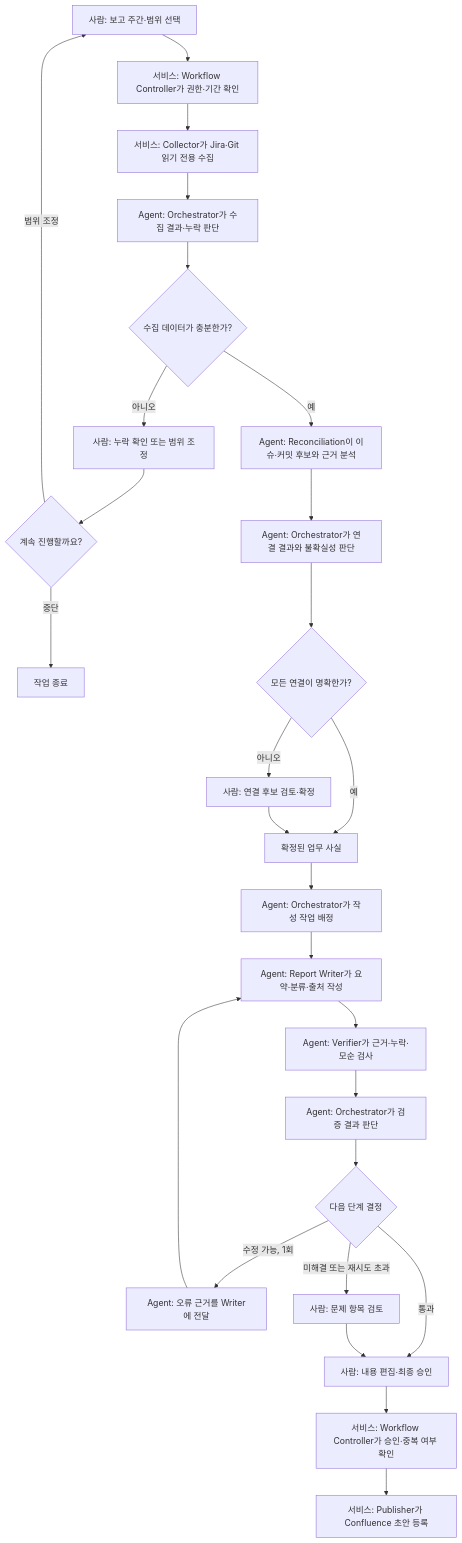
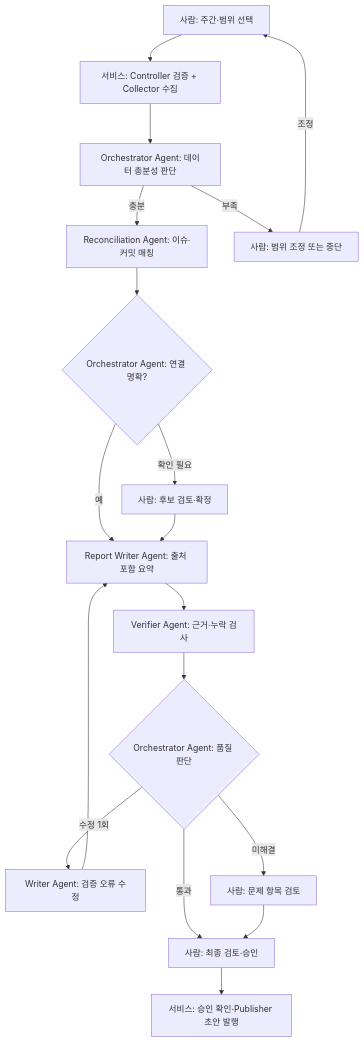
One commit to songnode/AX-Mentoring-8 changed the diagram in 2-1.문제 정의 및 서비스 기획(윤자영).md. Above: the diagram before and after it, drawn with Mermaid. The commit also changed other lines of this file, not shown here.

Commit message:
Revise multi-agent workflow and decision points
Updated the workflow description for multi-agent processes, clarifying the roles of the Orchestrator Agent, services, and users. Enhanced the flowchart to better illustrate decision points and actions.

````diff
--- a/2-1.문제 정의 및 서비스 기획(윤자영).md
+++ b/2-1.문제 정의 및 서비스 기획(윤자영).md
@@ -35,29 +35,20 @@
 ```mermaid
 flowchart TD
-    A["사람: 보고 주간·범위 선택"] --> B["서비스: Workflow Controller가 권한·기간 확인"]
-    B --> C["서비스: Collector가 Jira·Git 읽기 전용 수집"]
-    C --> D["Agent: Orchestrator가 수집 결과·누락 판단"]
-    D --> E{"수집 데이터가 충분한가?"}
-    E -- 예 --> F["Agent: Reconciliation이 이슈·커밋 후보와 근거 분석"]
-    E -- 아니오 --> G["사람: 누락 확인 또는 범위 조정"]
-    G --> H{"계속 진행할까요?"}
-    H -- 범위 조정 --> A
-    H -- 중단 --> Z["작업 종료"]
-    F --> I["Agent: Orchestrator가 연결 결과와 불확실성 판단"]
-    I --> J{"모든 연결이 명확한가?"}
-    J -- 예 --> K["확정된 업무 사실"]
-    J -- 아니오 --> L["사람: 연결 후보 검토·확정"]
-    L --> K
-    K --> M["Agent: Orchestrator가 작성 작업 배정"]
-    M --> N["Agent: Report Writer가 요약·분류·출처 작성"]
-    N --> O["Agent: Verifier가 근거·누락·모순 검사"]
-    O --> P["Agent: Orchestrator가 검증 결과 판단"]
-    P --> Q{"다음 단계 결정"}
-    Q -- 통과 --> R["사람: 내용 편집·최종 승인"]
-    Q -- 수정 가능, 1회 --> S["Agent: 오류 근거를 Writer에 전달"]
-    S --> N
-    Q -- 미해결 또는 재시도 초과 --> T["사람: 문제 항목 검토"]
-    T --> R
-    R --> U["서비스: Workflow Controller가 승인·중복 여부 확인"]
-    U --> V["서비스: Publisher가 Confluence 초안 등록"]
+    A["사람: 주간·범위 선택"] --> B["서비스: Controller 검증 + Collector 수집"]
+    B --> C["Orchestrator Agent: 데이터 충분성 판단"]
+    C -->|충분| D["Reconciliation Agent: 이슈·커밋 매칭"]
+    C -->|부족| E["사람: 범위 조정 또는 중단"]
+    E -->|조정| A
+    D --> F{"Orchestrator Agent: 연결 명확?"}
+    F -->|예| G["Report Writer Agent: 출처 포함 요약"]
+    F -->|확인 필요| H["사람: 후보 검토·확정"]
+    H --> G
+    G --> I["Verifier Agent: 근거·누락 검사"]
+    I --> J{"Orchestrator Agent: 품질 판단"}
+    J -->|통과| K["사람: 최종 검토·승인"]
+    J -->|수정 1회| L["Writer Agent: 검증 오류 수정"]
+    L --> G
+    J -->|미해결| M["사람: 문제 항목 검토"]
+    M --> K
+    K --> N["서비스: 승인 확인·Publisher 초안 발행"]
 ```
````
